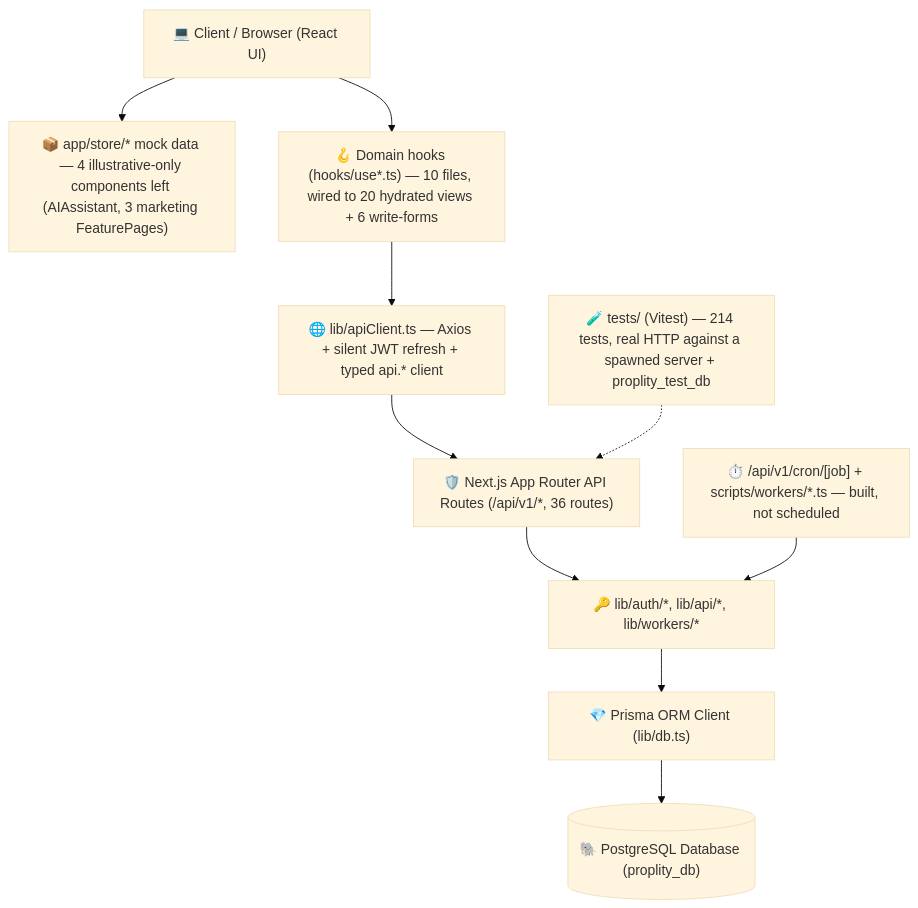
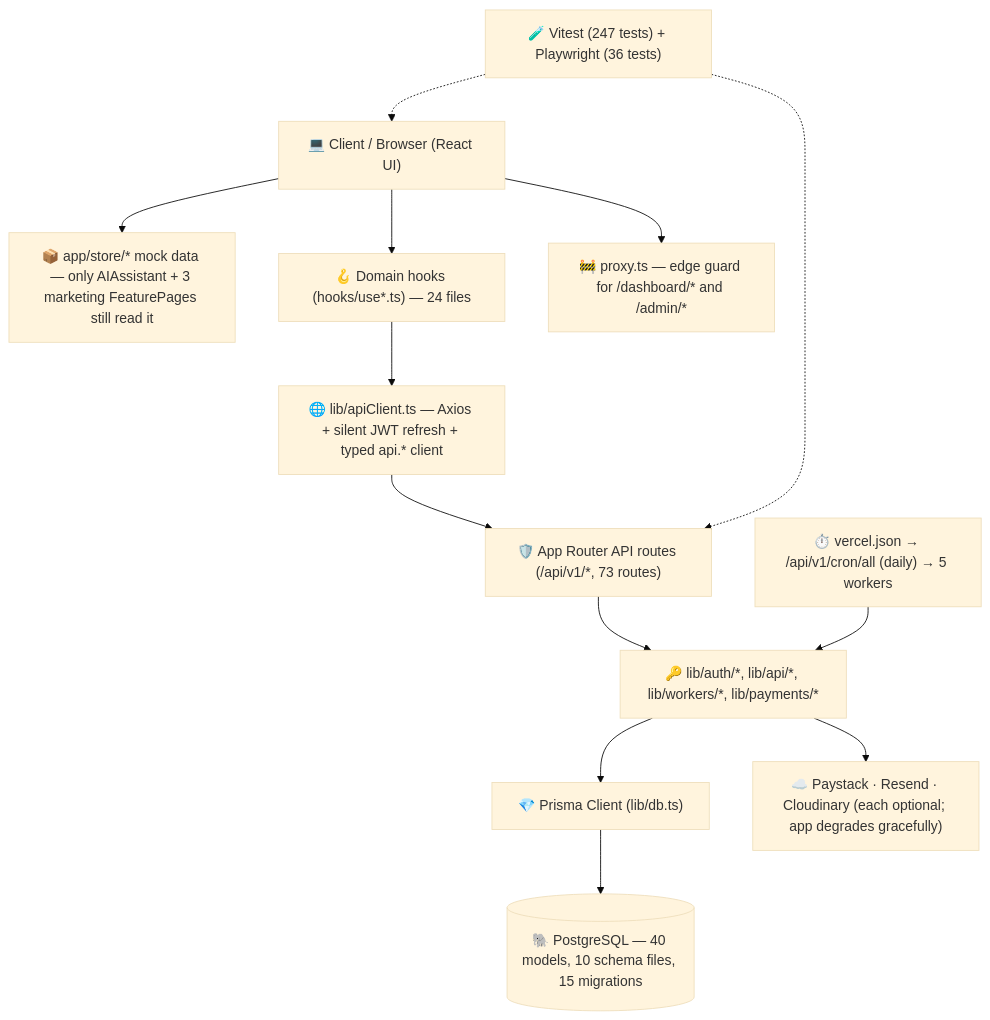
Before and after one commit to Proplity/proplity: the diagram in PROJECT_STRUCTURE.md, drawn with Mermaid (base theme). The commit also changed other lines of this file and 9 other files, not shown here.

````diff
--- a/PROJECT_STRUCTURE.md
+++ b/PROJECT_STRUCTURE.md
@@ -11,23 +11,28 @@
 ```mermaid
 graph TD
     Client["💻 Client / Browser (React UI)"]
-    Store["📦 app/store/* mock data — 4 illustrative-only components left (AIAssistant, 3 marketing FeaturePages)"]
-    Hooks["🪝 Domain hooks (hooks/use*.ts) — 10 files, wired to 20 hydrated views + 6 write-forms"]
+    Store["📦 app/store/* mock data — only AIAssistant + 3 marketing FeaturePages still read it"]
+    Hooks["🪝 Domain hooks (hooks/use*.ts) — 24 files"]
     ApiClient["🌐 lib/apiClient.ts — Axios + silent JWT refresh + typed api.* client"]
-    NextApi["🛡️ Next.js App Router API Routes (/api/v1/*, 36 routes)"]
-    LibCore["🔑 lib/auth/*, lib/api/*, lib/workers/*"]
-    PrismaClient["💎 Prisma ORM Client (lib/db.ts)"]
-    Postgres[("🐘 PostgreSQL Database (proplity_db)")]
-    Cron["⏱️ /api/v1/cron/[job] + scripts/workers/*.ts — built, not scheduled"]
-    Tests["🧪 tests/ (Vitest) — 214 tests, real HTTP against a spawned server + proplity_test_db"]
+    Proxy["🚧 proxy.ts — edge guard for /dashboard/* and /admin/*"]
+    NextApi["🛡️ App Router API routes (/api/v1/*, 73 routes)"]
+    LibCore["🔑 lib/auth/*, lib/api/*, lib/workers/*, lib/payments/*"]
+    PrismaClient["💎 Prisma Client (lib/db.ts)"]
+    Postgres[("🐘 PostgreSQL — 40 models, 10 schema files, 15 migrations")]
+    Cron["⏱️ vercel.json → /api/v1/cron/all (daily) → 5 workers"]
+    Ext["☁️ Paystack · Resend · Cloudinary (each optional; app degrades gracefully)"]
+    Tests["🧪 Vitest (247 tests) + Playwright (36 tests)"]
 
     Client --> Store
+    Client --> Proxy
     Client --> Hooks
     Hooks --> ApiClient
     ApiClient --> NextApi
     NextApi --> LibCore
     LibCore --> PrismaClient
+    LibCore --> Ext
     Cron --> LibCore
     PrismaClient --> Postgres
     Tests -.-> NextApi
+    Tests -.-> Client
 ```
````
